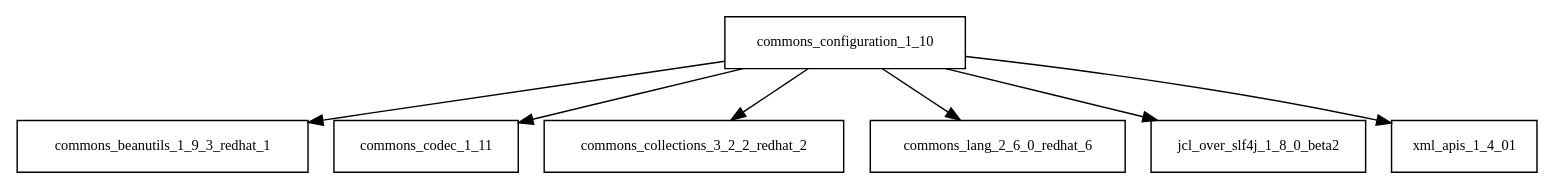
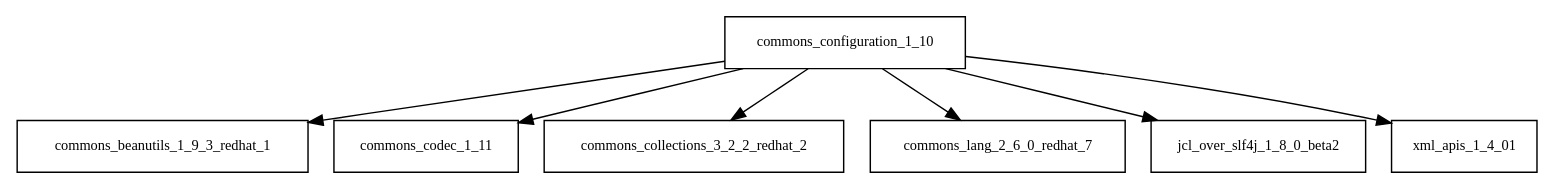
One commit to sjvs/cia changed the diagram in tattleTaleReport/graphviz/commons-configuration-1.10.jar/commons-configuration-1.10.jar.dot. Above: the diagram before and after it, drawn with Graphviz. The commit also changed 2737 other files, not shown here.

```diff
--- a/tattleTaleReport/graphviz/commons-configuration-1.10.jar/commons-configuration-1.10.jar.dot
+++ b/tattleTaleReport/graphviz/commons-configuration-1.10.jar/commons-configuration-1.10.jar.dot
@@ -1,9 +1,9 @@
 digraph commons_configuration_1_10_dependencies {
   node [shape = box, fontsize=10.0];
   commons_configuration_1_10 -> commons_beanutils_1_9_3_redhat_1;
   commons_configuration_1_10 -> commons_codec_1_11;
   commons_configuration_1_10 -> commons_collections_3_2_2_redhat_2;
-  commons_configuration_1_10 -> commons_lang_2_6_0_redhat_6;
+  commons_configuration_1_10 -> commons_lang_2_6_0_redhat_7;
   commons_configuration_1_10 -> jcl_over_slf4j_1_8_0_beta2;
   commons_configuration_1_10 -> xml_apis_1_4_01;
 }
```
